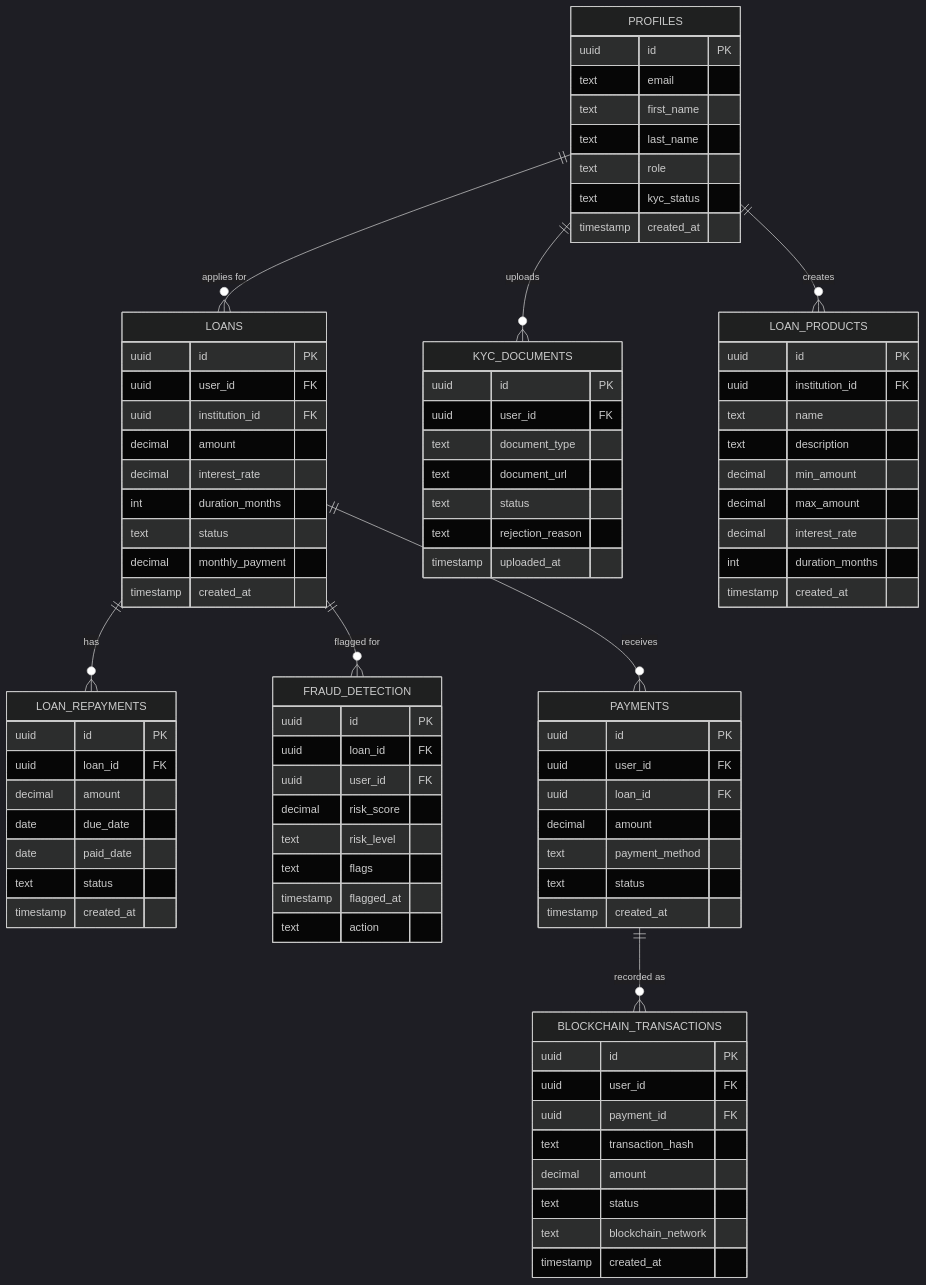
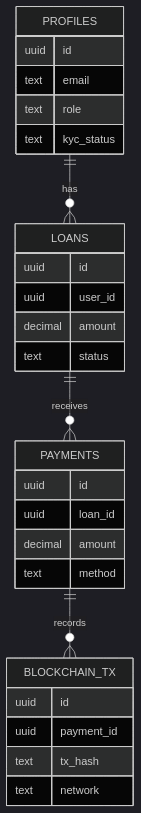
The third of 6 diagrams in README.md (mosesmrima/v0-microfinance-web-app), drawn with Mermaid (dark theme) before and after one commit. The commit also changed other lines of this file, not shown here.

First line of the commit message:
Drastically simplify 3 remaining broken diagrams for GitHub

````diff
--- a/README.md
+++ b/README.md
@@ -166,96 +166,34 @@
 ```mermaid
 erDiagram
-    PROFILES ||--o{ LOANS : "applies for"
-    PROFILES ||--o{ KYC_DOCUMENTS : "uploads"
-    PROFILES ||--o{ LOAN_PRODUCTS : "creates"
-    LOANS ||--o{ LOAN_REPAYMENTS : "has"
-    LOANS ||--o{ FRAUD_DETECTION : "flagged for"
-    LOANS ||--o{ PAYMENTS : "receives"
-    PAYMENTS ||--o{ BLOCKCHAIN_TRANSACTIONS : "recorded as"
+    PROFILES ||--o{ LOANS : has
+    LOANS ||--o{ PAYMENTS : receives
+    PAYMENTS ||--o{ BLOCKCHAIN_TX : records
 
     PROFILES {
-        uuid id PK
+        uuid id
         text email
-        text first_name
-        text last_name
         text role
         text kyc_status
-        timestamp created_at
     }
 
     LOANS {
-        uuid id PK
-        uuid user_id FK
-        uuid institution_id FK
+        uuid id
+        uuid user_id
         decimal amount
-        decimal interest_rate
-        int duration_months
         text status
-        decimal monthly_payment
-        timestamp created_at
-    }
-
-    LOAN_PRODUCTS {
-        uuid id PK
-        uuid institution_id FK
-        text name
-        text description
-        decimal min_amount
-        decimal max_amount
-        decimal interest_rate
-        int duration_months
-        timestamp created_at
-    }
-
-    KYC_DOCUMENTS {
-        uuid id PK
-        uuid user_id FK
-        text document_type
-        text document_url
-        text status
-        text rejection_reason
-        timestamp uploaded_at
-    }
-
-    FRAUD_DETECTION {
-        uuid id PK
-        uuid loan_id FK
-        uuid user_id FK
-        decimal risk_score
-        text risk_level
-        text flags
-        timestamp flagged_at
-        text action
-    }
-
-    LOAN_REPAYMENTS {
-        uuid id PK
-        uuid loan_id FK
-        decimal amount
-        date due_date
-        date paid_date
-        text status
-        timestamp created_at
     }
 
     PAYMENTS {
-        uuid id PK
-        uuid user_id FK
-        uuid loan_id FK
+        uuid id
+        uuid loan_id
         decimal amount
-        text payment_method
-        text status
-        timestamp created_at
+        text method
     }
 
-    BLOCKCHAIN_TRANSACTIONS {
-        uuid id PK
-        uuid user_id FK
-        uuid payment_id FK
-        text transaction_hash
-        decimal amount
-        text status
-        text blockchain_network
-        timestamp created_at
+    BLOCKCHAIN_TX {
+        uuid id
+        uuid payment_id
+        text tx_hash
+        text network
     }
 ```
````
